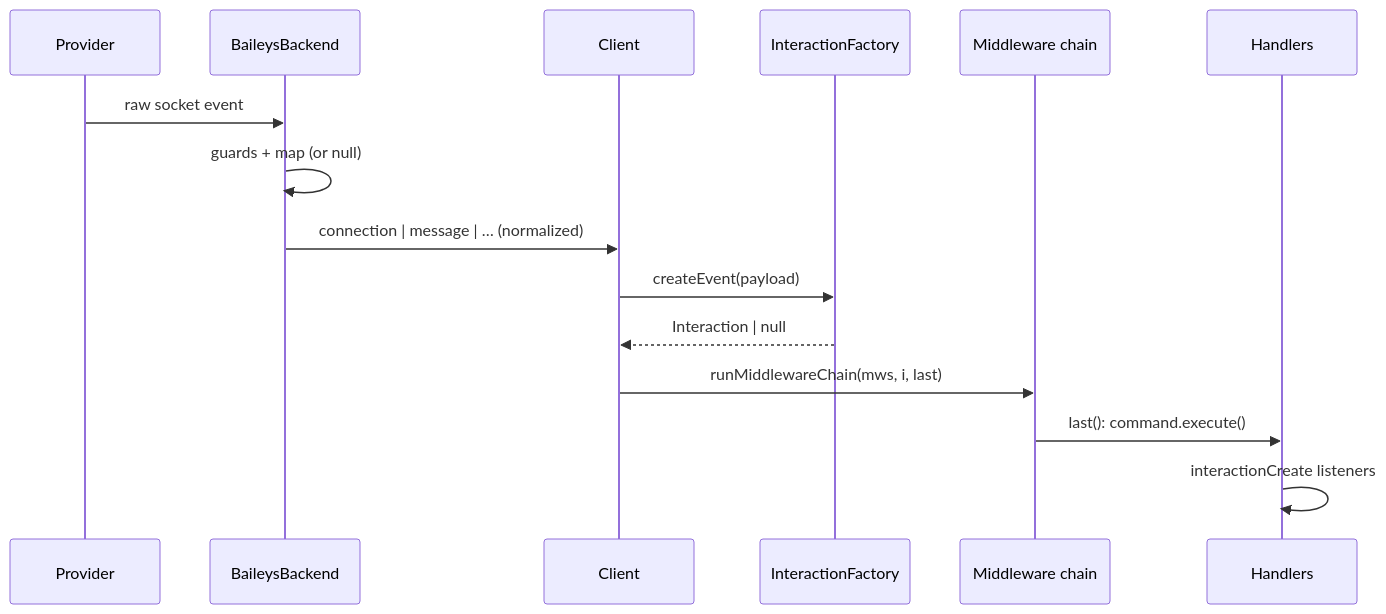
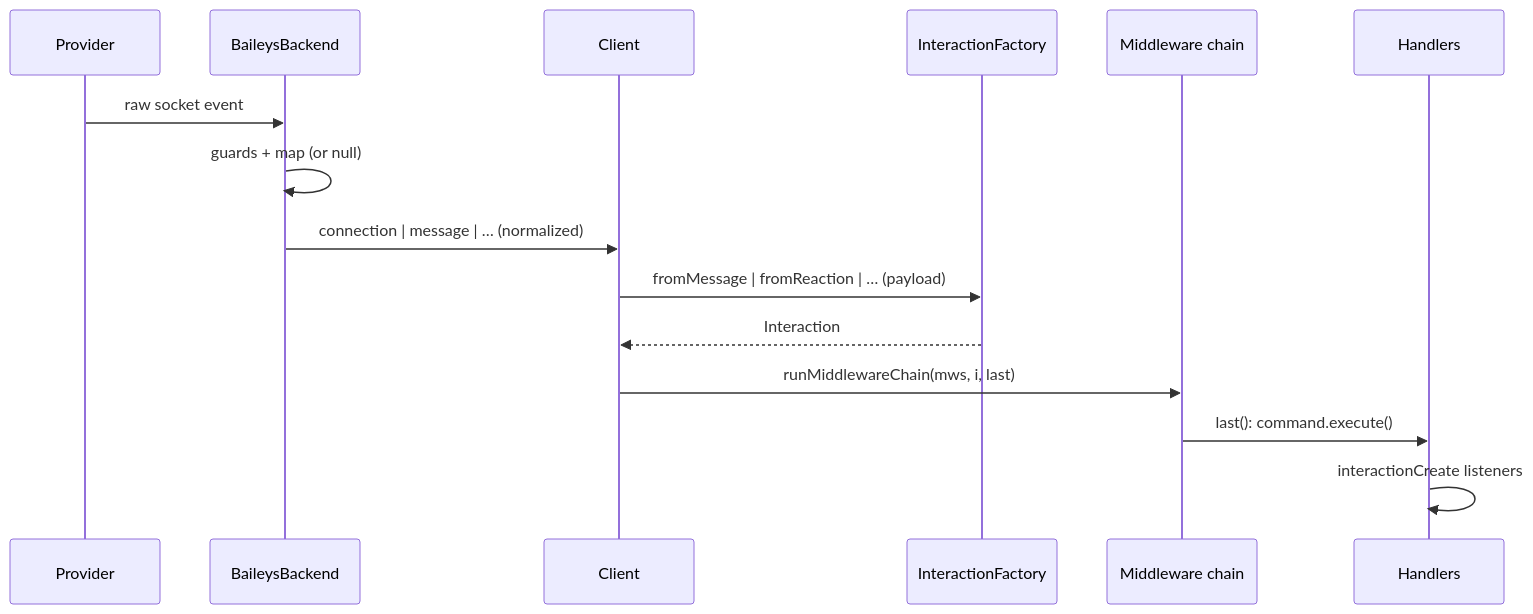
Before and after one commit to Gustavo10Destroyer/libwa-docs: the second of 3 diagrams in architecture/event-pipeline.md, drawn with Mermaid. The commit also changed other lines of this file and 4 other files, not shown here.

Commit message:
docs(architecture): correct pipeline, reconnection and adapter facts

````diff
--- a/architecture/event-pipeline.md
+++ b/architecture/event-pipeline.md
@@ -44,18 +44,18 @@
 ```mermaid
 sequenceDiagram
     participant P as Provider
     participant B as BaileysBackend
     participant C as Client
     participant F as InteractionFactory
     participant M as Middleware chain
     participant L as Handlers
 
     P->>B: raw socket event
     B->>B: guards + map (or null)
     B->>C: connection | message | … (normalized)
-    C->>F: createEvent(payload)
-    F-->>C: Interaction | null
+    C->>F: fromMessage | fromReaction | … (payload)
+    F-->>C: Interaction
     C->>M: runMiddlewareChain(mws, i, last)
     M->>L: last(): command.execute()
     L->>L: interactionCreate listeners
 ```
````
